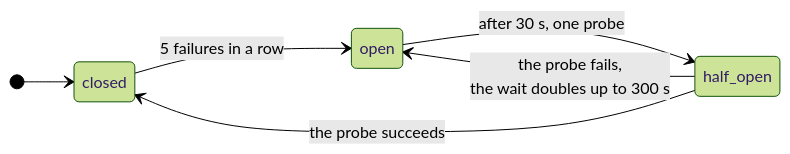
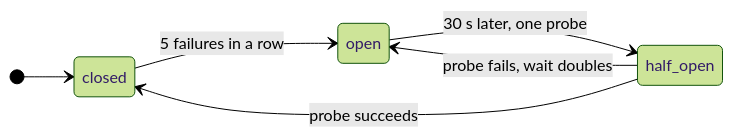
Before and after one commit to harshbhx/ratchet: the third of 3 diagrams in docs-site/src/content/docs/guides/request-journey.mdx, drawn with Mermaid (forest theme). The commit also changed 3 other files, not shown here.

Commit message:
docs-site: pin label metrics against the page's prose rules, and tighten the night sequence, the rollback timeline and the breaker labels

````diff
--- a/docs-site/src/content/docs/guides/request-journey.mdx
+++ b/docs-site/src/content/docs/guides/request-journey.mdx
@@ -262,13 +262,13 @@
 ```mermaid
 stateDiagram-v2
   direction LR
   [*] --> closed
   closed --> open: 5 failures in a row
-  open --> half_open: after 30 s, one probe
-  half_open --> closed: the probe succeeds
-  half_open --> open: the probe fails,<br/>the wait doubles up to 300 s
+  open --> half_open: 30 s later, one probe
+  half_open --> closed: probe succeeds
+  half_open --> open: probe fails, wait doubles
 
   class closed ok
   class open danger
   class half_open pending
 ```
````
